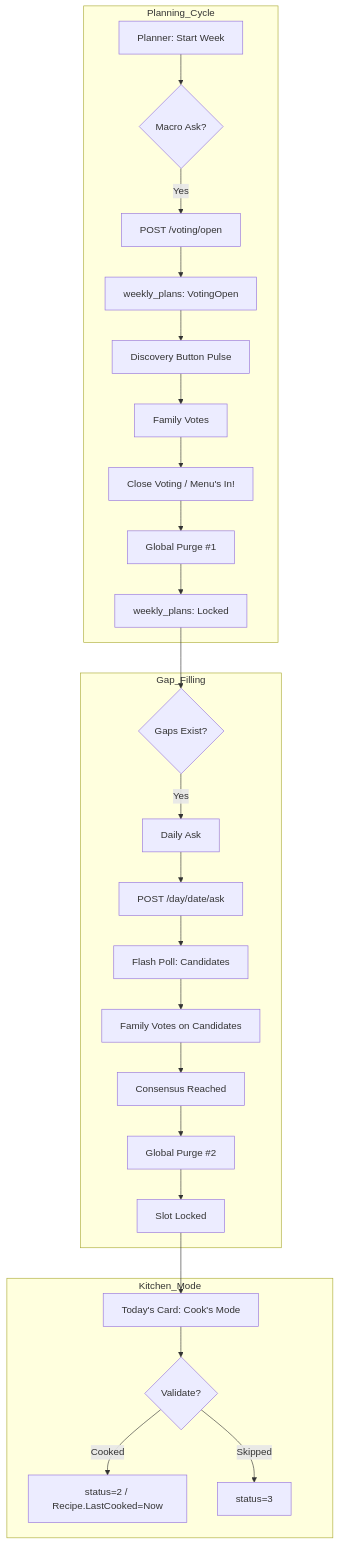
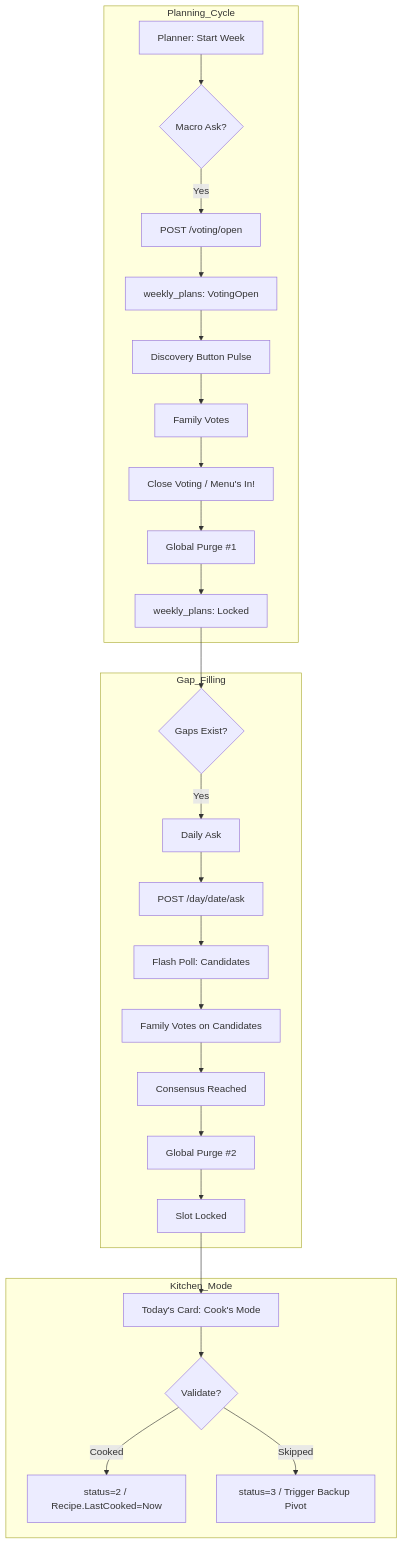
One commit to AlexandreBrisebois/whats-for-supper changed the diagram in specs/planner-feature-spec.md. Above: the diagram before and after it, drawn with Mermaid. The commit also changed other lines of this file and 24 other files, not shown here.

Commit message:
feat: add HomeCommandCenter, implement meal skipping, and update API clients and schema

````diff
--- a/specs/planner-feature-spec.md
+++ b/specs/planner-feature-spec.md
@@ -433,31 +443,31 @@
 ```mermaid
 graph TD
     subgraph Planning_Cycle
     A[Planner: Start Week] --> B{Macro Ask?}
     B -- Yes --> C[POST /voting/open]
     C --> D[weekly_plans: VotingOpen]
     D --> E[Discovery Button Pulse]
     E --> F[Family Votes]
     F --> G[Close Voting / Menu's In!]
     G --> H[Global Purge #1]
     H --> I[weekly_plans: Locked]
     end
 
     subgraph Gap_Filling
     I --> J{Gaps Exist?}
     J -- Yes --> K[Daily Ask]
     K --> L[POST /day/date/ask]
     L --> M[Flash Poll: Candidates]
     M --> N[Family Votes on Candidates]
     N --> O[Consensus Reached]
     O --> P[Global Purge #2]
     P --> Q[Slot Locked]
     end
 
     subgraph Kitchen_Mode
     Q --> R[Today's Card: Cook's Mode]
     R --> S{Validate?}
     S -- Cooked --> T[status=2 / Recipe.LastCooked=Now]
-    S -- Skipped --> U[status=3]
+    S -- Skipped --> U[status=3 / Trigger Backup Pivot]
     end
 ```
````
